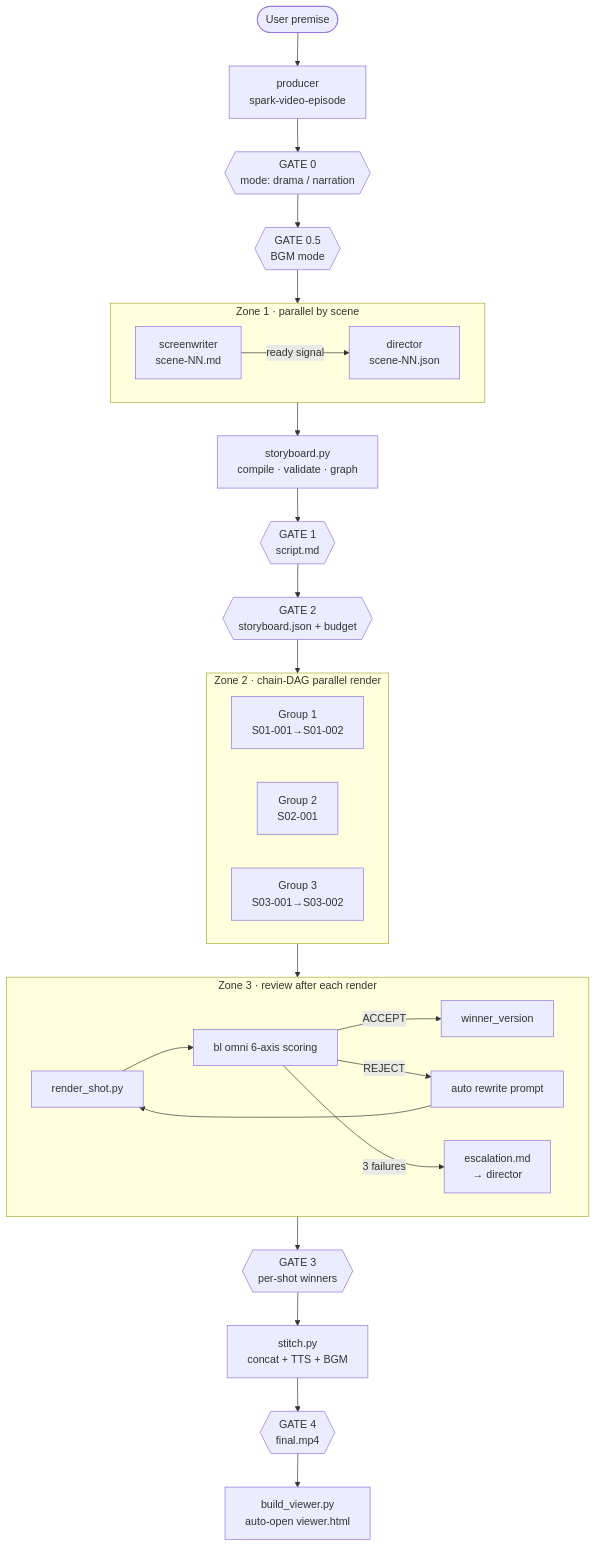
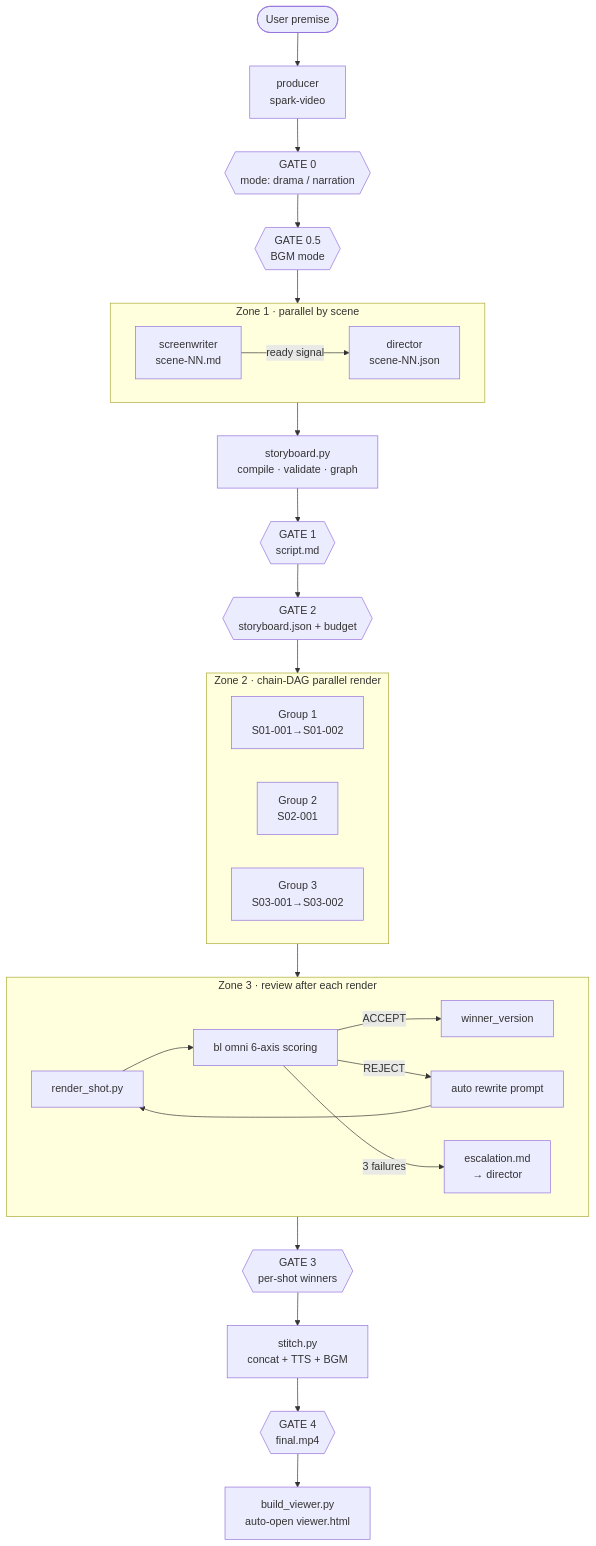
Before and after one commit to JohnKeating1997/spark-video: the first of 6 diagrams in docs/architecture.md, drawn with Mermaid. The commit also changed other lines of this file and 7 other files, not shown here.

````diff
--- a/docs/architecture.md
+++ b/docs/architecture.md
@@ -69,42 +69,42 @@
 ```mermaid
 flowchart TB
     User([User premise])
-    User --> Producer[producer<br/>spark-video-episode]
+    User --> Producer[producer<br/>spark-video]
 
     Producer --> G0{{GATE 0<br/>mode: drama / narration}}
     G0 --> G05{{GATE 0.5<br/>BGM mode}}
     G05 --> Zone1
 
     subgraph Zone1["Zone 1 · parallel by scene"]
         SW[screenwriter<br/>scene-NN.md]
         SW -- ready signal --> DIR[director<br/>scene-NN.json]
     end
 
     Zone1 --> Compile[storyboard.py<br/>compile · validate · graph]
     Compile --> G1{{GATE 1<br/>script.md}}
     G1 --> G2{{GATE 2<br/>storyboard.json + budget}}
 
     G2 --> Zone2
 
     subgraph Zone2["Zone 2 · chain-DAG parallel render"]
         direction LR
         Grp1[Group 1<br/>S01-001→S01-002]
         Grp2[Group 2<br/>S02-001]
         Grp3[Group 3<br/>S03-001→S03-002]
     end
 
     Zone2 --> Zone3
 
     subgraph Zone3["Zone 3 · review after each render"]
         Render[render_shot.py] --> Review[bl omni 6-axis scoring]
         Review -- ACCEPT --> Winner[winner_version]
         Review -- REJECT --> Rewrite[auto rewrite prompt]
         Rewrite --> Render
         Review -- 3 failures --> Escalate[escalation.md<br/>→ director]
     end
 
     Zone3 --> G3{{GATE 3<br/>per-shot winners}}
     G3 --> Stitch[stitch.py<br/>concat + TTS + BGM]
     Stitch --> G4{{GATE 4<br/>final.mp4}}
     G4 --> Viewer[build_viewer.py<br/>auto-open viewer.html]
 ```
````
